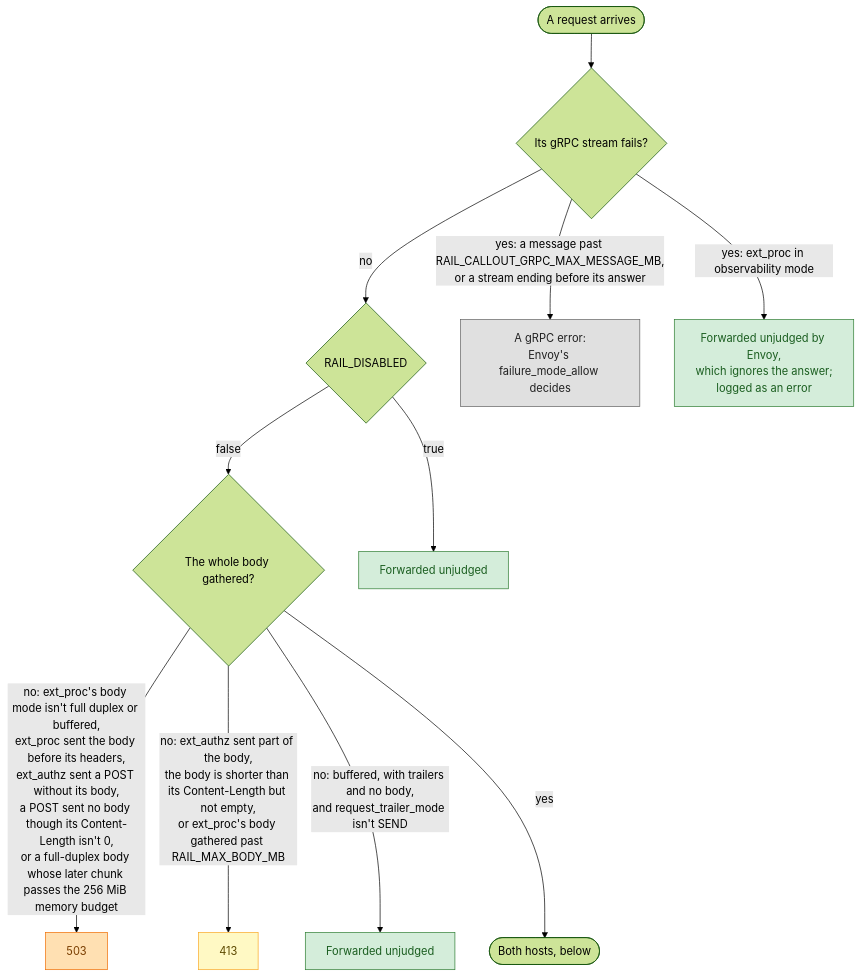
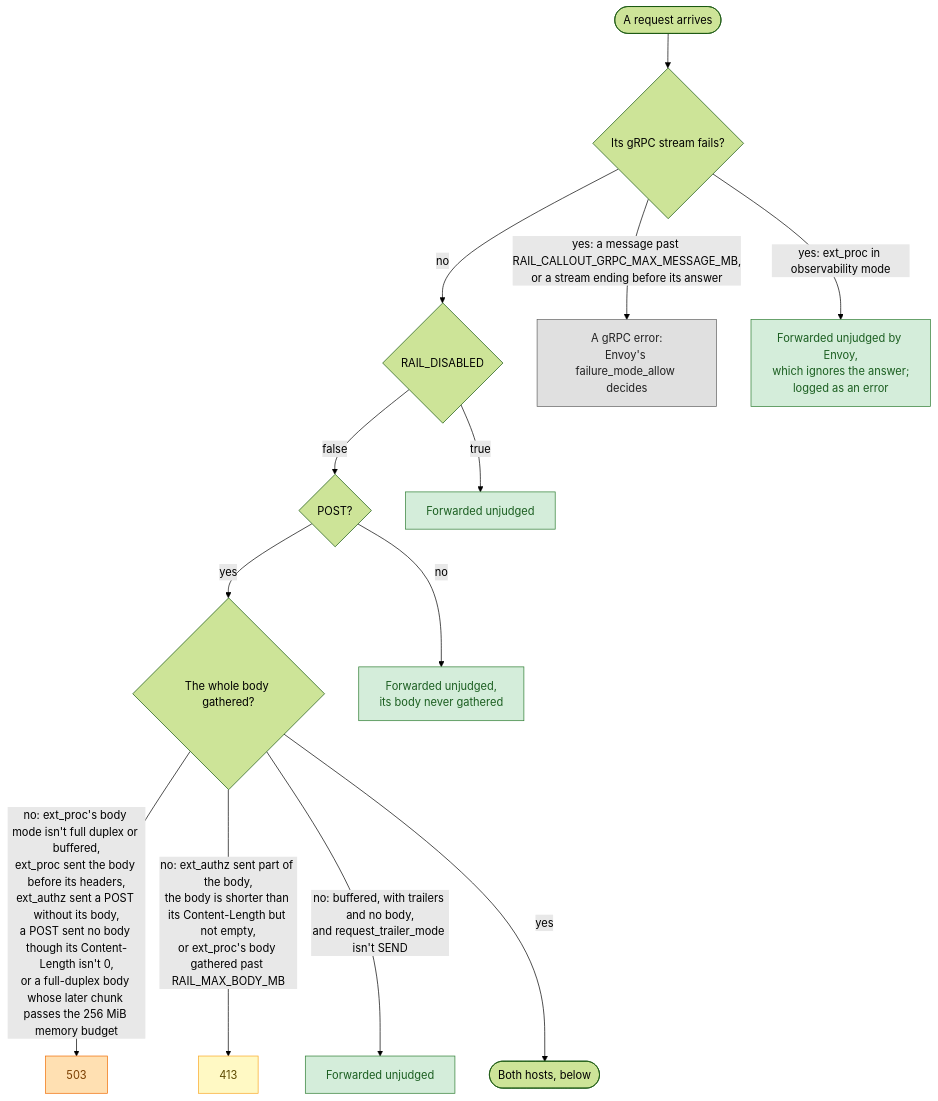
One commit to datrail/railguard changed the first of 4 diagrams in GATEWAY.md. Above: the diagram before and after it, drawn with Mermaid (forest theme). The commit also changed other lines of this file and 15 other files, not shown here.

Commit message:
DR-319: the gateway decides at a call's headers whether it's judged, Gathering::Judged or Unjudged, by one rule (a POST, for now); a call it doesn't judge goes on with its body never gathered, so past the cap or the budget it's no longer refused

````diff
--- a/GATEWAY.md
+++ b/GATEWAY.md
@@ -12,31 +12,35 @@
 ```mermaid
 flowchart TD
   arrive([A request arrives])
   grpc{"Its gRPC stream fails?"}
   disabled{RAIL_DISABLED}
+  post{POST?}
   whole{"The whole body gathered?"}
   both([Both hosts, below])
   e1["A gRPC error:<br>Envoy's failure_mode_allow decides"]:::grpcError
   e2["Forwarded unjudged by Envoy,<br>which ignores the answer;<br>logged as an error"]:::forwarded
   f1[Forwarded unjudged]:::forwarded
   f2[Forwarded unjudged]:::forwarded
+  f3["Forwarded unjudged,<br>its body never gathered"]:::forwarded
   r1[503]:::cannotApply
   r2[413]:::tooLarge
 
   arrive --> grpc
   grpc -->|"yes: a message past RAIL_CALLOUT_GRPC_MAX_MESSAGE_MB,<br>or a stream ending before its answer"| e1
   grpc -->|"yes: ext_proc in observability mode"| e2
   grpc -->|no| disabled
   disabled -->|true| f1
-  disabled -->|false| whole
+  disabled -->|false| post
+  post -->|no| f3
+  post -->|yes| whole
   whole -->|"no: ext_proc's body mode isn't full duplex or buffered,<br>ext_proc sent the body before its headers,<br>ext_authz sent a POST without its body,<br>a POST sent no body though its Content-Length isn't 0,<br>or a full-duplex body whose later chunk passes the 256 MiB memory budget"| r1
   whole -->|"no: ext_authz sent part of the body,<br>the body is shorter than its Content-Length but not empty,<br>or ext_proc's body gathered past RAIL_MAX_BODY_MB"| r2
   whole -->|"no: buffered, with trailers and no body,<br>and request_trailer_mode isn't SEND"| f2
   whole -->|yes| both
 
   classDef forwarded fill:#d4edda,stroke:#2e7d32,color:#1b5e20
   classDef denied fill:#f8d7da,stroke:#c62828,color:#7f0000
   classDef cannotApply fill:#ffe0b2,stroke:#ef6c00,color:#7a3e00
   classDef tooLarge fill:#fff9c4,stroke:#f9a825,color:#5d4a00
   classDef grpcError fill:#e0e0e0,stroke:#616161,color:#212121
 ```
````
